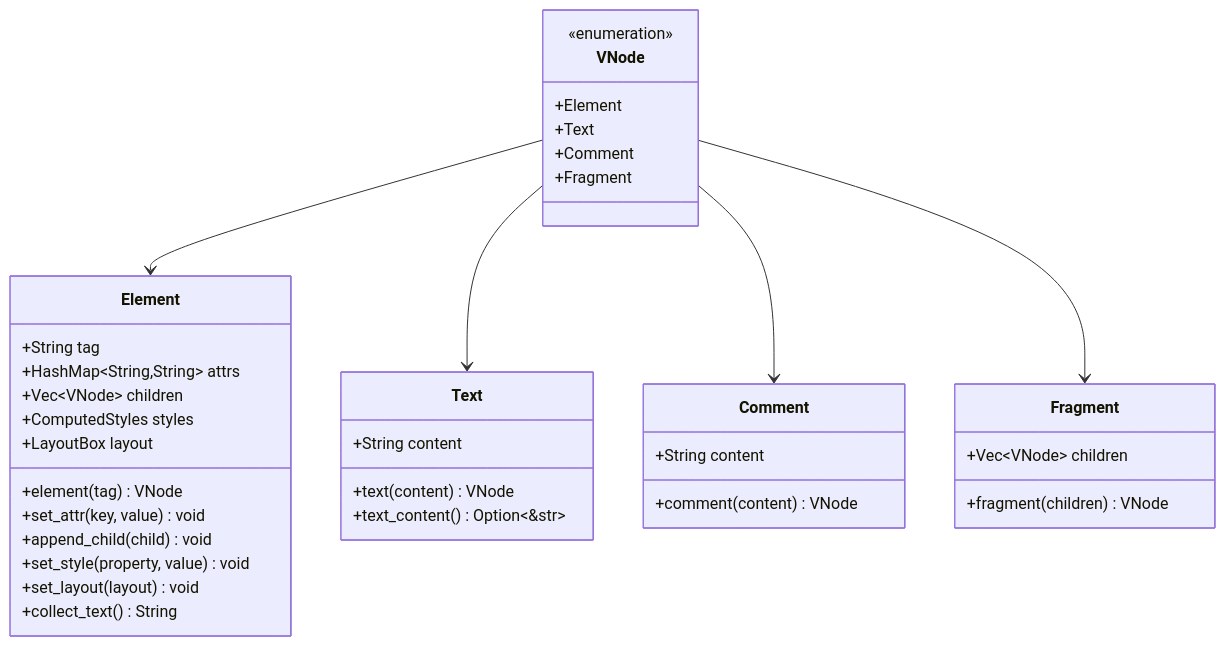
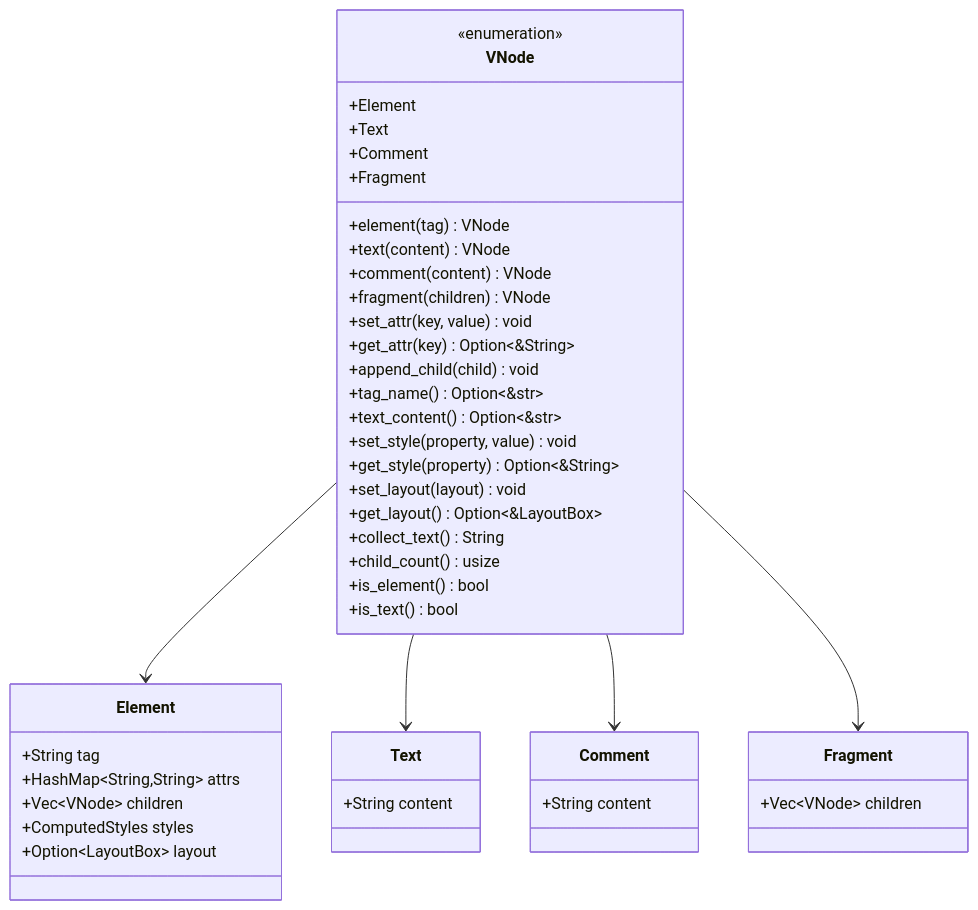
The third of 9 diagrams in .qoder/repowiki/zh/content/技术架构详解/跨端抽象层/iris-dom虚拟DOM系统.md (itszzl-sudo/iris), drawn with Mermaid before and after one commit. The commit also changed other lines of this file and 10 other files, not shown here.

````diff
--- a/.qoder/repowiki/zh/content/技术架构详解/跨端抽象层/iris-dom虚拟DOM系统.md
+++ b/.qoder/repowiki/zh/content/技术架构详解/跨端抽象层/iris-dom虚拟DOM系统.md
@@ -157,40 +176,47 @@
 ```mermaid
 classDiagram
 class VNode {
 <<enumeration>>
 +Element
 +Text
 +Comment
 +Fragment
++element(tag) VNode
++text(content) VNode
++comment(content) VNode
++fragment(children) VNode
++set_attr(key, value) void
++get_attr(key) Option~&String~
++append_child(child) void
++tag_name() Option~&str~
++text_content() Option~&str~
++set_style(property, value) void
++get_style(property) Option~&String~
++set_layout(layout) void
++get_layout() Option~&LayoutBox~
++collect_text() String
++child_count() usize
++is_element() bool
++is_text() bool
 }
 class Element {
 +String tag
 +HashMap~String,String~ attrs
 +Vec~VNode~ children
 +ComputedStyles styles
-+LayoutBox layout
-+element(tag) VNode
-+set_attr(key, value) void
-+append_child(child) void
-+set_style(property, value) void
-+set_layout(layout) void
-+collect_text() String
++Option~LayoutBox~ layout
 }
 class Text {
 +String content
-+text(content) VNode
-+text_content() Option~&str~
 }
 class Comment {
 +String content
-+comment(content) VNode
 }
 class Fragment {
 +Vec~VNode~ children
-+fragment(children) VNode
 }
 VNode --> Element
 VNode --> Text
 VNode --> Comment
 VNode --> Fragment
 ```
````
